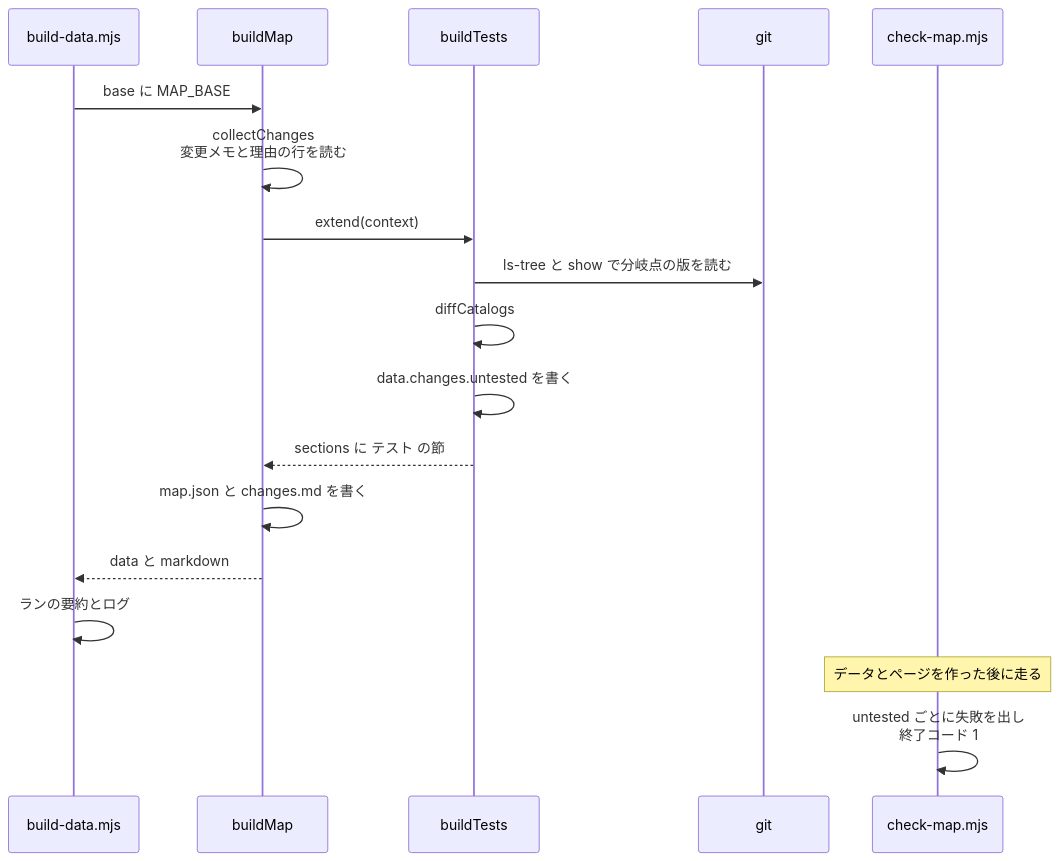
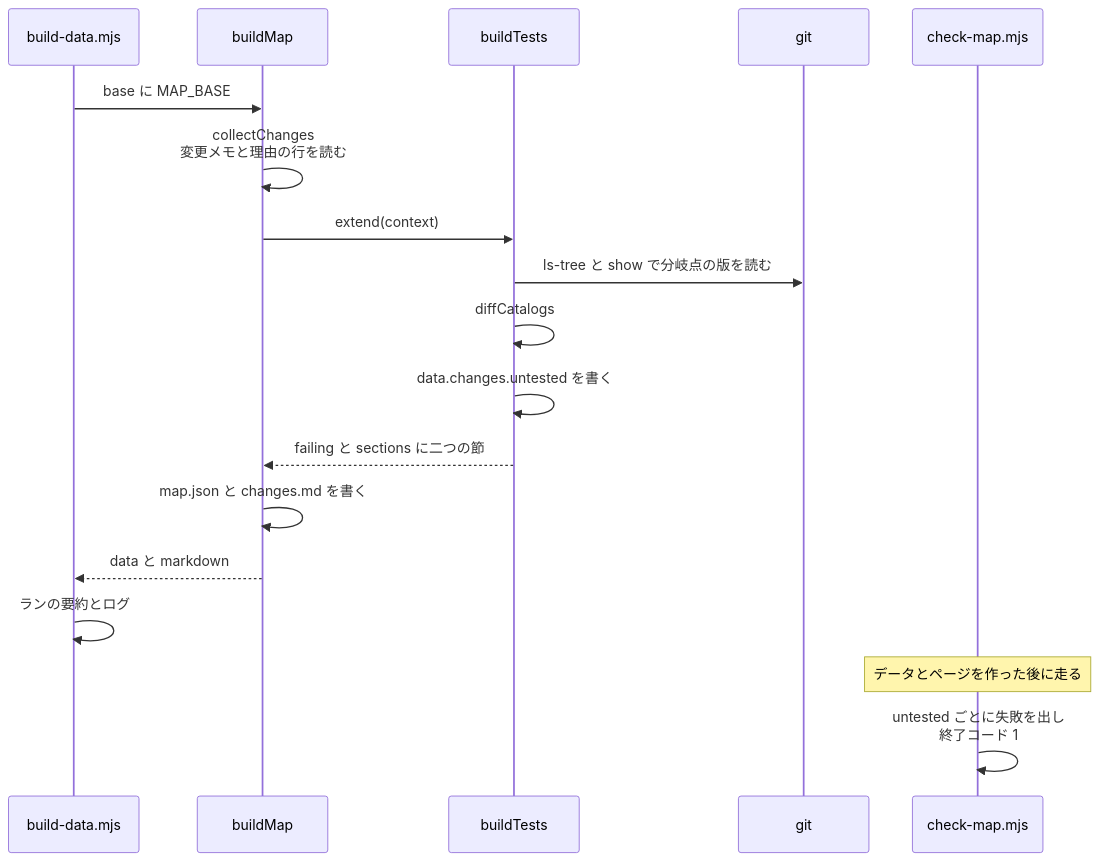
Before and after one commit to maronnjapan/maronn-openid-connect: diagram 19 of 21 in apps/tests/docs/04-pull-request.md, drawn with Mermaid. The commit also changed other lines of this file and 8 other files, not shown here.

````diff
--- a/apps/tests/docs/04-pull-request.md
+++ b/apps/tests/docs/04-pull-request.md
@@ -1171,20 +1182,20 @@
 ```mermaid
 sequenceDiagram
   participant S as build-data.mjs
   participant B as buildMap
   participant T as buildTests
   participant G as git
   participant C as check-map.mjs
   S->>B: base に MAP_BASE
   B->>B: collectChanges<br/>変更メモと理由の行を読む
   B->>T: extend(context)
   T->>G: ls-tree と show で分岐点の版を読む
   T->>T: diffCatalogs
   T->>T: data.changes.untested を書く
-  T-->>B: sections に テスト の節
+  T-->>B: failing と sections に二つの節
   B->>B: map.json と changes.md を書く
   B-->>S: data と markdown
   S->>S: ランの要約とログ
   Note over C: データとページを作った後に走る
   C->>C: untested ごとに失敗を出し<br/>終了コード 1
 ```
````
